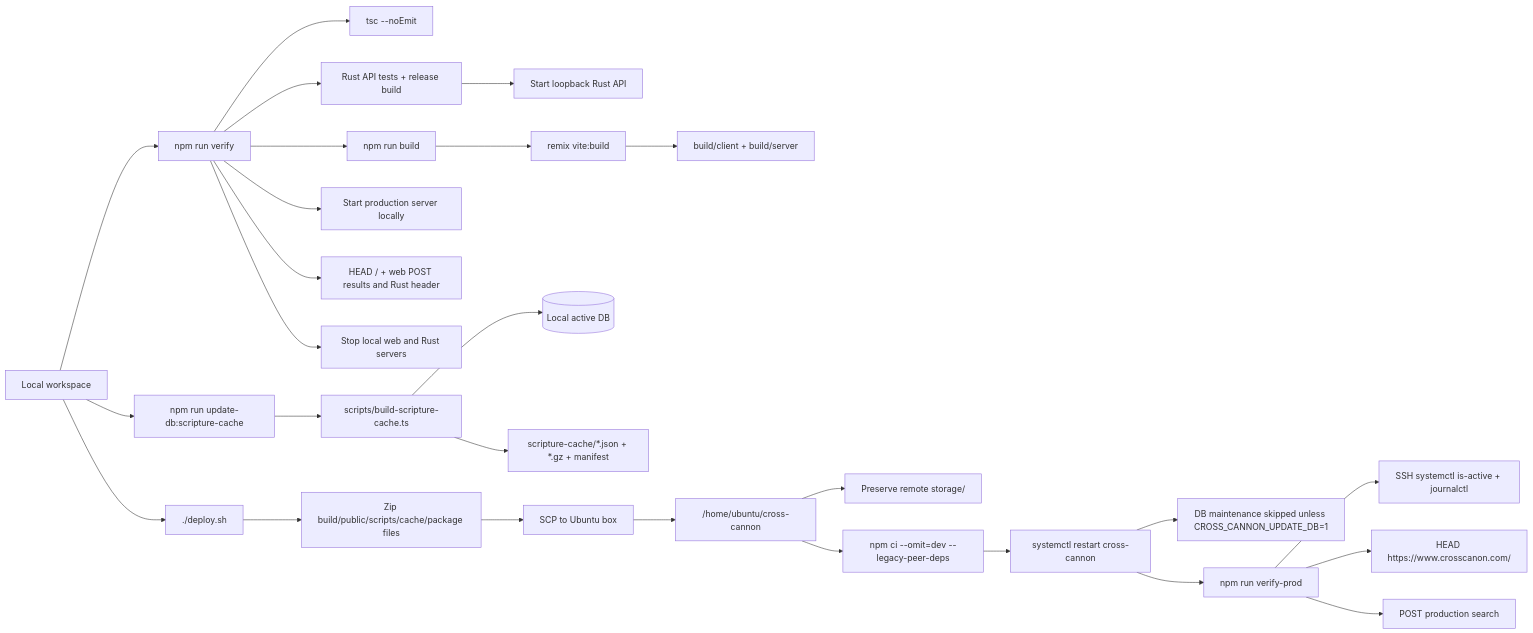
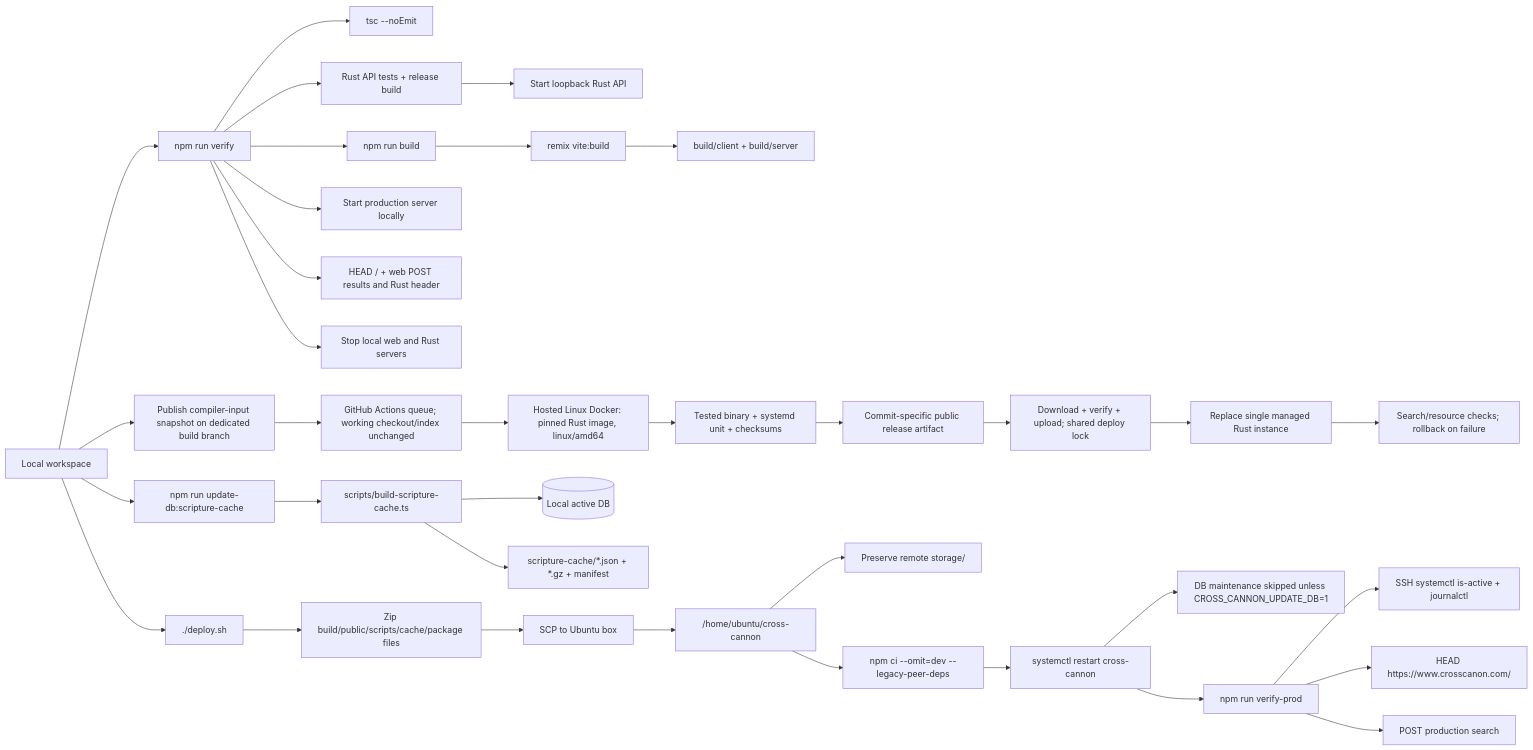
The fifth of 5 diagrams in docs/architecture.md (jacksonStone/cross-cannon), drawn with Mermaid before and after one commit. The commit also changed other lines of this file and 12 other files, not shown here.

Commit message:
Prepare hosted release queue and Christian Classics iPhone update

````diff
--- a/docs/architecture.md
+++ b/docs/architecture.md
@@ -170,33 +170,42 @@
 ```mermaid
 flowchart LR
   Dev[Local workspace] --> Verify[npm run verify]
   Verify --> Typecheck[tsc --noEmit]
   Verify --> RustChecks["Rust API tests + release build"]
   RustChecks --> LocalRust["Start loopback Rust API"]
   Verify --> Build[npm run build]
   Verify --> LocalServer[Start production server locally]
   Verify --> LocalSmoke["HEAD / + web POST results and Rust header"]
   Verify --> StopServer[Stop local web and Rust servers]
 
   Build --> RemixBuild["remix vite:build"]
   RemixBuild --> BuildDir["build/client + build/server"]
+
+  Dev --> RustSnapshot["Publish compiler-input snapshot on dedicated build branch"]
+  RustSnapshot --> RustCI["GitHub Actions queue; working checkout/index unchanged"]
+  RustCI --> RustContainer["Hosted Linux Docker: pinned Rust image, linux/amd64"]
+  RustContainer --> RustArtifact["Tested binary + systemd unit + checksums"]
+  RustArtifact --> RustRelease["Commit-specific public release artifact"]
+  RustRelease --> RustUpload["Download + verify + upload; shared deploy lock"]
+  RustUpload --> RustReplace["Replace single managed Rust instance"]
+  RustReplace --> RustHealth["Search/resource checks; rollback on failure"]
 
   Dev --> UpdateDbCache["npm run update-db:scripture-cache"]
   UpdateDbCache --> CacheScript["scripts/build-scripture-cache.ts"]
   CacheScript --> DB[("Local active DB")]
   CacheScript --> CacheArtifacts["scripture-cache/*.json + *.gz + manifest"]
 
   Dev --> Deploy["./deploy.sh"]
   Deploy --> Package["Zip build/public/scripts/cache/package files"]
   Package --> SCP[SCP to Ubuntu box]
   SCP --> Remote["/home/ubuntu/cross-cannon"]
   Remote --> PreserveStorage["Preserve remote storage/"]
   Remote --> NpmCi[npm ci --omit=dev --legacy-peer-deps]
   NpmCi --> Restart[systemctl restart cross-cannon]
   Restart --> RuntimeDbGuard["DB maintenance skipped unless CROSS_CANNON_UPDATE_DB=1"]
 
   Restart --> VerifyProd[npm run verify-prod]
   VerifyProd --> Systemd[SSH systemctl is-active + journalctl]
   VerifyProd --> LiveHead["HEAD https://www.crosscanon.com/"]
   VerifyProd --> LivePost[POST production search]
 ```
````
